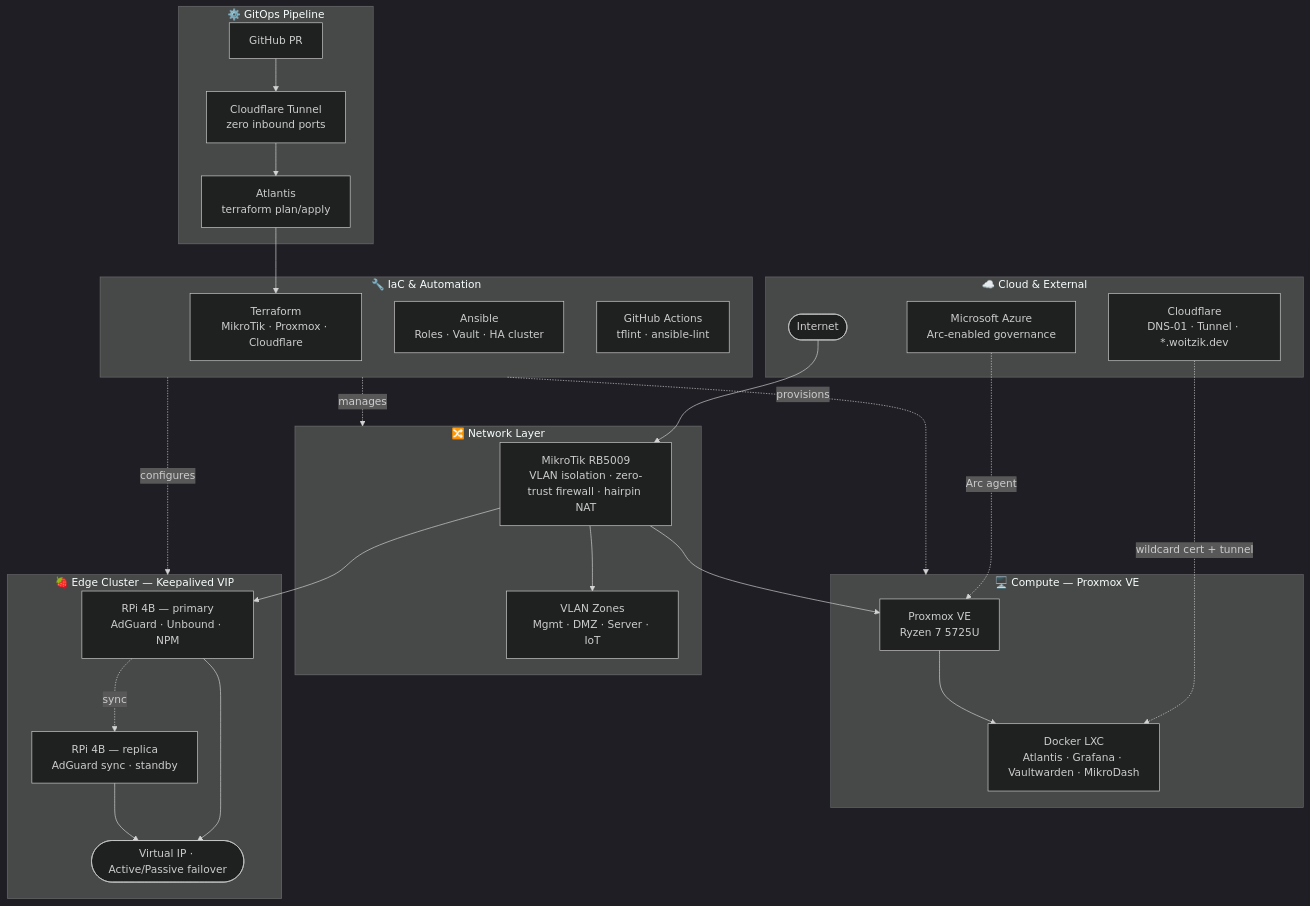
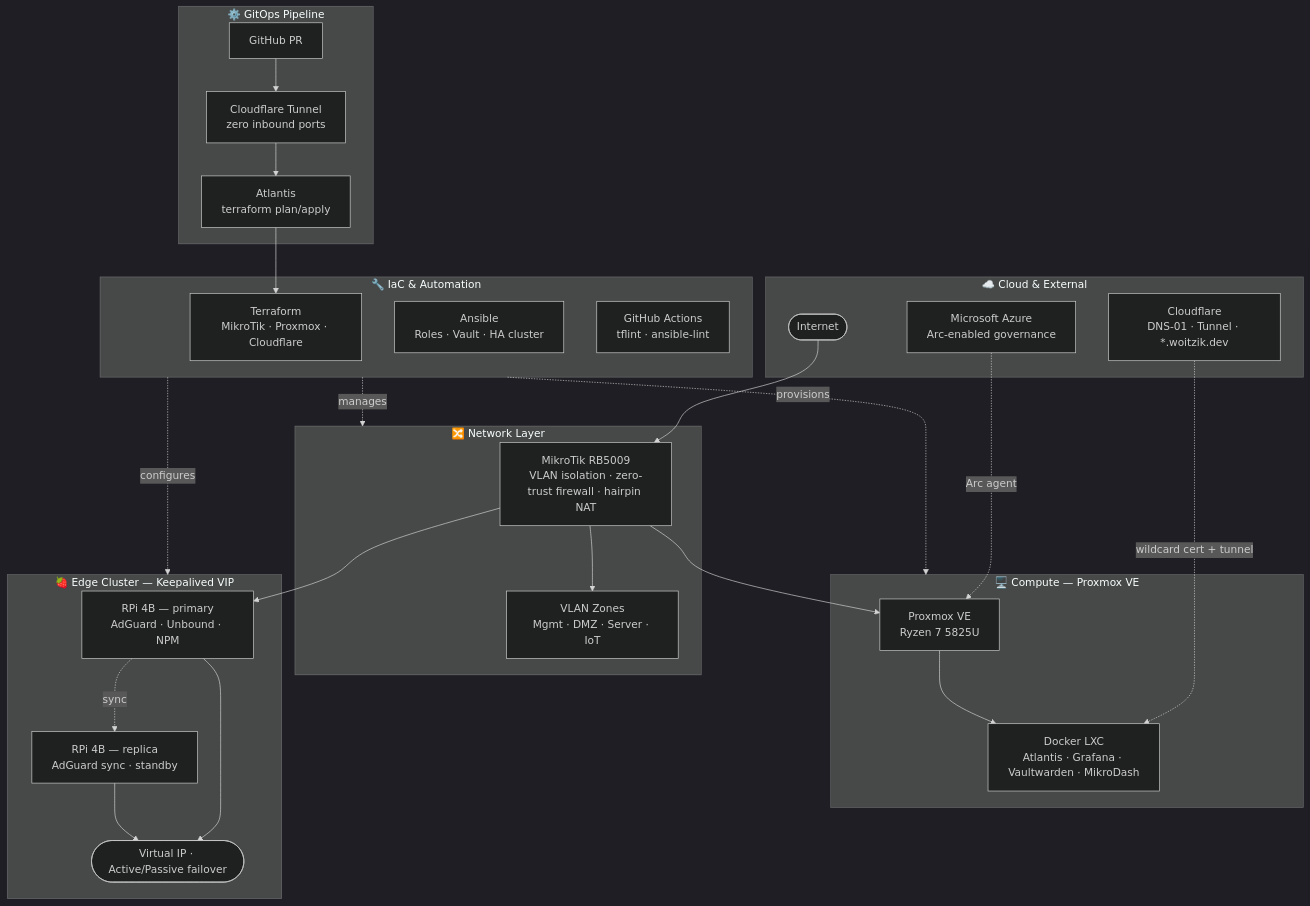
The diagram in README.md (dwoitzik/homelab-infrastructure), drawn with Mermaid (dark theme) before and after one commit. The commit also changed 9 other files, not shown here.

````diff
--- a/README.md
+++ b/README.md
@@ -28,51 +28,51 @@
 ```mermaid
 graph TB
     subgraph cloud["☁️ Cloud & External"]
         NET([Internet])
         CF["Cloudflare\nDNS-01 · Tunnel · *.woitzik.dev"]
         AZ["Microsoft Azure\nArc-enabled governance"]
     end
 
     subgraph router["🔀 Network Layer"]
         MK["MikroTik RB5009\nVLAN isolation · zero-trust firewall · hairpin NAT"]
         VLAN["VLAN Zones\nMgmt · DMZ · Server · IoT"]
     end
 
     subgraph compute["🖥️ Compute — Proxmox VE"]
-        PVE["Proxmox VE\nRyzen 7 5725U"]
+        PVE["Proxmox VE\nRyzen 7 5825U"]
         DOCKER["Docker LXC\nAtlantis · Grafana · Vaultwarden · MikroDash"]
     end
 
     subgraph edge["🍓 Edge Cluster — Keepalived VIP"]
         RPI1["RPi 4B — primary\nAdGuard · Unbound · NPM"]
         RPI2["RPi 4B — replica\nAdGuard sync · standby"]
         VIP(["Virtual IP · Active/Passive failover"])
     end
 
     subgraph gitops["⚙️ GitOps Pipeline"]
         GH["GitHub PR"]
         ATL["Atlantis\nterraform plan/apply"]
         CFT["Cloudflare Tunnel\nzero inbound ports"]
     end
 
     subgraph iac["🔧 IaC & Automation"]
         TF["Terraform\nMikroTik · Proxmox · Cloudflare"]
         AN["Ansible\nRoles · Vault · HA cluster"]
         GHA["GitHub Actions\ntflint · ansible-lint"]
     end
 
     NET --> MK
     CF -. "wildcard cert + tunnel" .-> DOCKER
     AZ -. "Arc agent" .-> PVE
     MK --> VLAN
     MK --> PVE
     MK --> RPI1
     PVE --> DOCKER
     RPI1 -. "sync" .-> RPI2
     RPI1 --> VIP
     RPI2 --> VIP
     GH --> CFT --> ATL --> TF
     iac -. "provisions" .-> compute
     iac -. "configures" .-> edge
     iac -. "manages" .-> router
 ```
````
